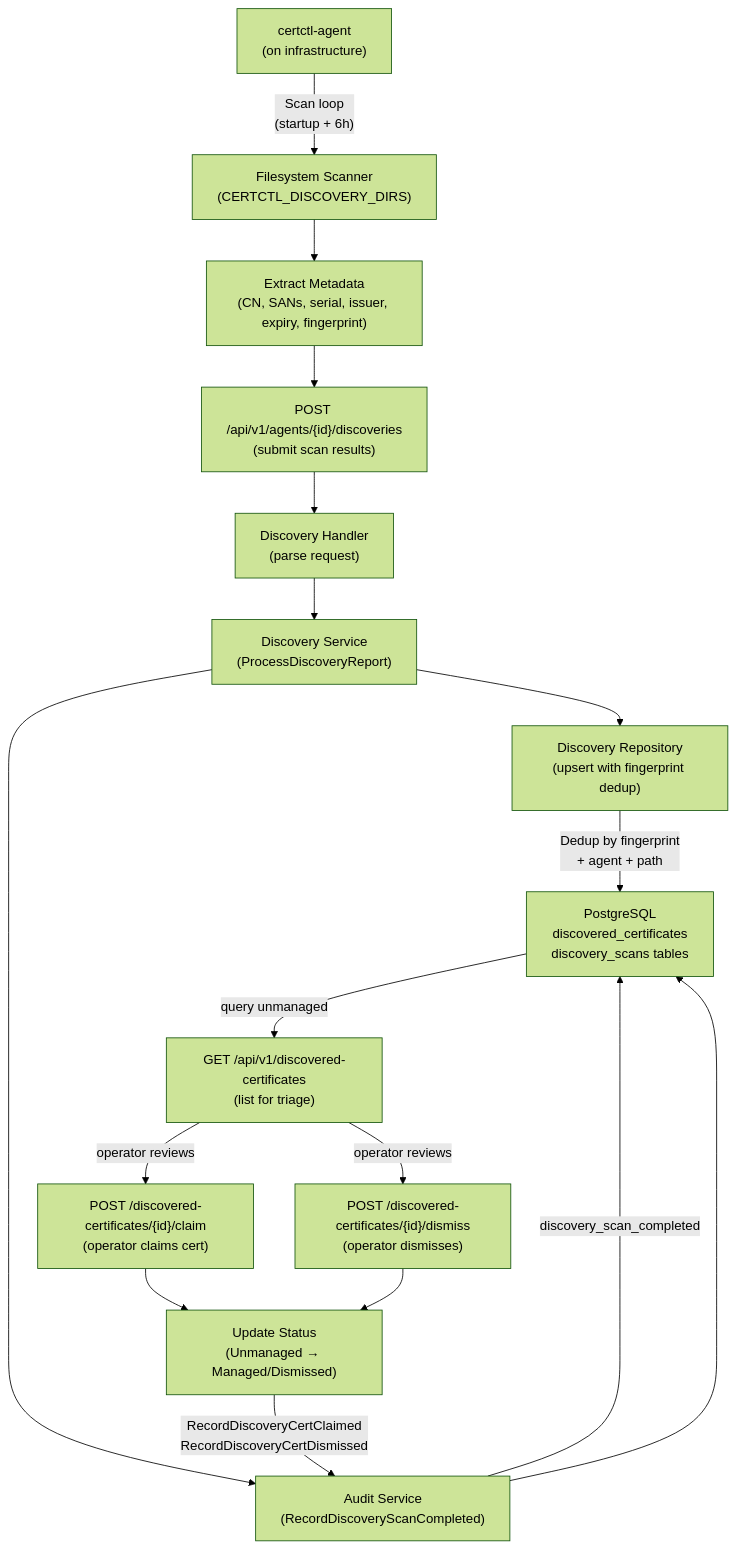
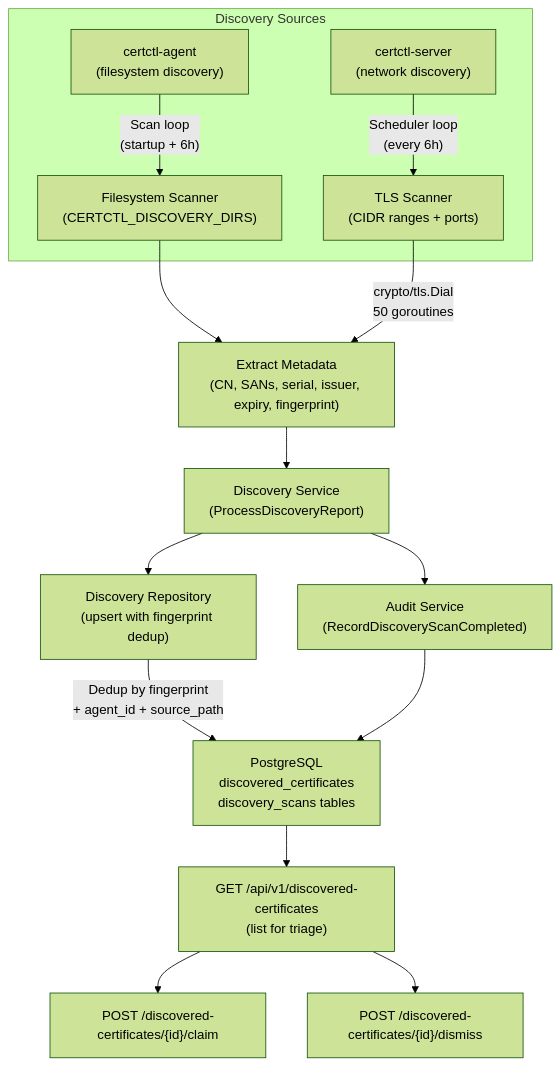
Before and after one commit to certctl-io/certctl: diagram 14 of 14 in docs/architecture.md, drawn with Mermaid (forest theme). The commit also changed other lines of this file and 25 other files, not shown here.

First line of the commit message:
feat: add network certificate discovery (M21) and Prometheus metrics (M22)

````diff
--- a/docs/architecture.md
+++ b/docs/architecture.md
@@ -710,33 +713,31 @@
 ```mermaid
 flowchart TB
-    AGENT["certctl-agent\n(on infrastructure)"]
-    SCAN["Filesystem Scanner\n(CERTCTL_DISCOVERY_DIRS)"]
+    subgraph "Discovery Sources"
+        AGENT["certctl-agent\n(filesystem discovery)"]
+        SCAN["Filesystem Scanner\n(CERTCTL_DISCOVERY_DIRS)"]
+        SERVER["certctl-server\n(network discovery)"]
+        NETSCAN["TLS Scanner\n(CIDR ranges + ports)"]
+    end
+
     EXTRACT["Extract Metadata\n(CN, SANs, serial, issuer, expiry, fingerprint)"]
-    REPORT["POST /api/v1/agents/{id}/discoveries\n(submit scan results)"]
-    HANDLER["Discovery Handler\n(parse request)"]
     SERVICE["Discovery Service\n(ProcessDiscoveryReport)"]
     REPO["Discovery Repository\n(upsert with fingerprint dedup)"]
     DB["PostgreSQL\ndiscovered_certificates\ndiscovery_scans tables"]
     AUDIT["Audit Service\n(RecordDiscoveryScanCompleted)"]
     API_LIST["GET /api/v1/discovered-certificates\n(list for triage)"]
-    API_CLAIM["POST /discovered-certificates/{id}/claim\n(operator claims cert)"]
-    API_DISMISS["POST /discovered-certificates/{id}/dismiss\n(operator dismisses)"]
-    UPDATE_STATUS["Update Status\n(Unmanaged → Managed/Dismissed)"]
+    API_CLAIM["POST /discovered-certificates/{id}/claim"]
+    API_DISMISS["POST /discovered-certificates/{id}/dismiss"]
 
     AGENT -->|"Scan loop\n(startup + 6h)"| SCAN
     SCAN --> EXTRACT
-    EXTRACT --> REPORT
-    REPORT --> HANDLER
-    HANDLER --> SERVICE
+    SERVER -->|"Scheduler loop\n(every 6h)"| NETSCAN
+    NETSCAN -->|"crypto/tls.Dial\n50 goroutines"| EXTRACT
+    EXTRACT --> SERVICE
     SERVICE --> REPO
-    REPO -->|"Dedup by fingerprint\n+ agent + path"| DB
+    REPO -->|"Dedup by fingerprint\n+ agent_id + source_path"| DB
     SERVICE --> AUDIT
-    AUDIT -->|"discovery_scan_completed"| DB
-    DB -->|"query unmanaged"| API_LIST
-    API_LIST -->|"operator reviews"| API_CLAIM
-    API_LIST -->|"operator reviews"| API_DISMISS
-    API_CLAIM --> UPDATE_STATUS
-    API_DISMISS --> UPDATE_STATUS
-    UPDATE_STATUS -->|"RecordDiscoveryCertClaimed\nRecordDiscoveryCertDismissed"| AUDIT
     AUDIT --> DB
+    DB --> API_LIST
+    API_LIST --> API_CLAIM
+    API_LIST --> API_DISMISS
 ```
````
